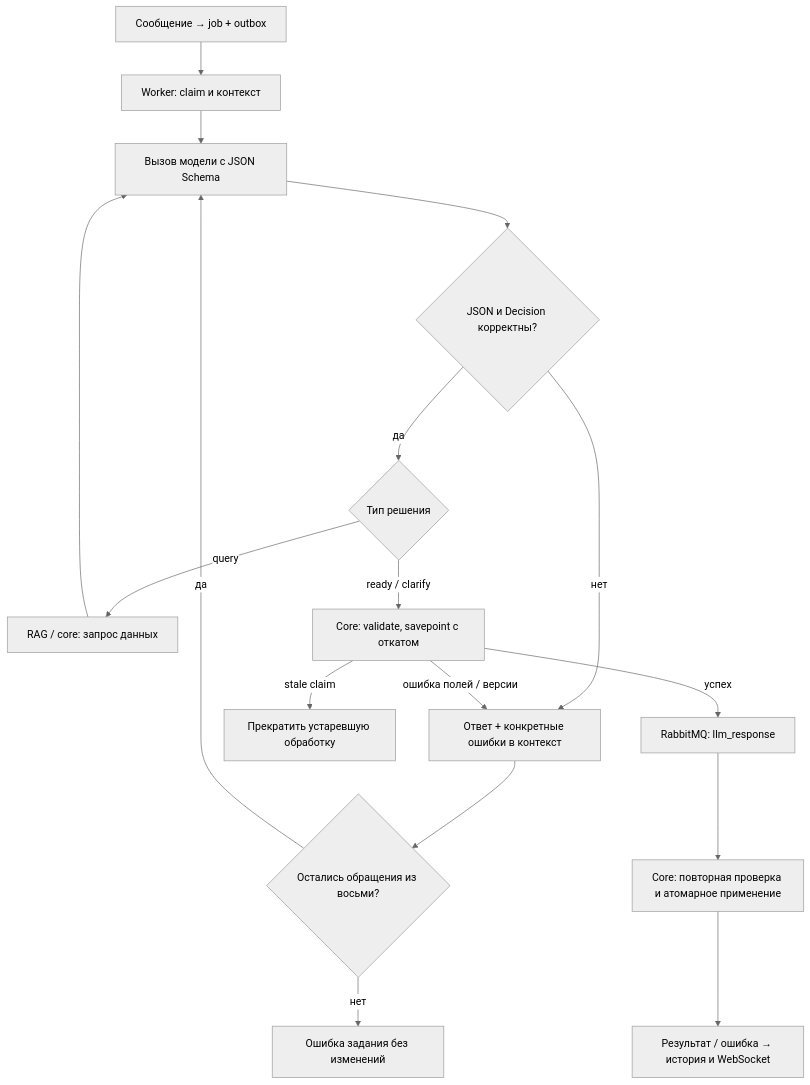
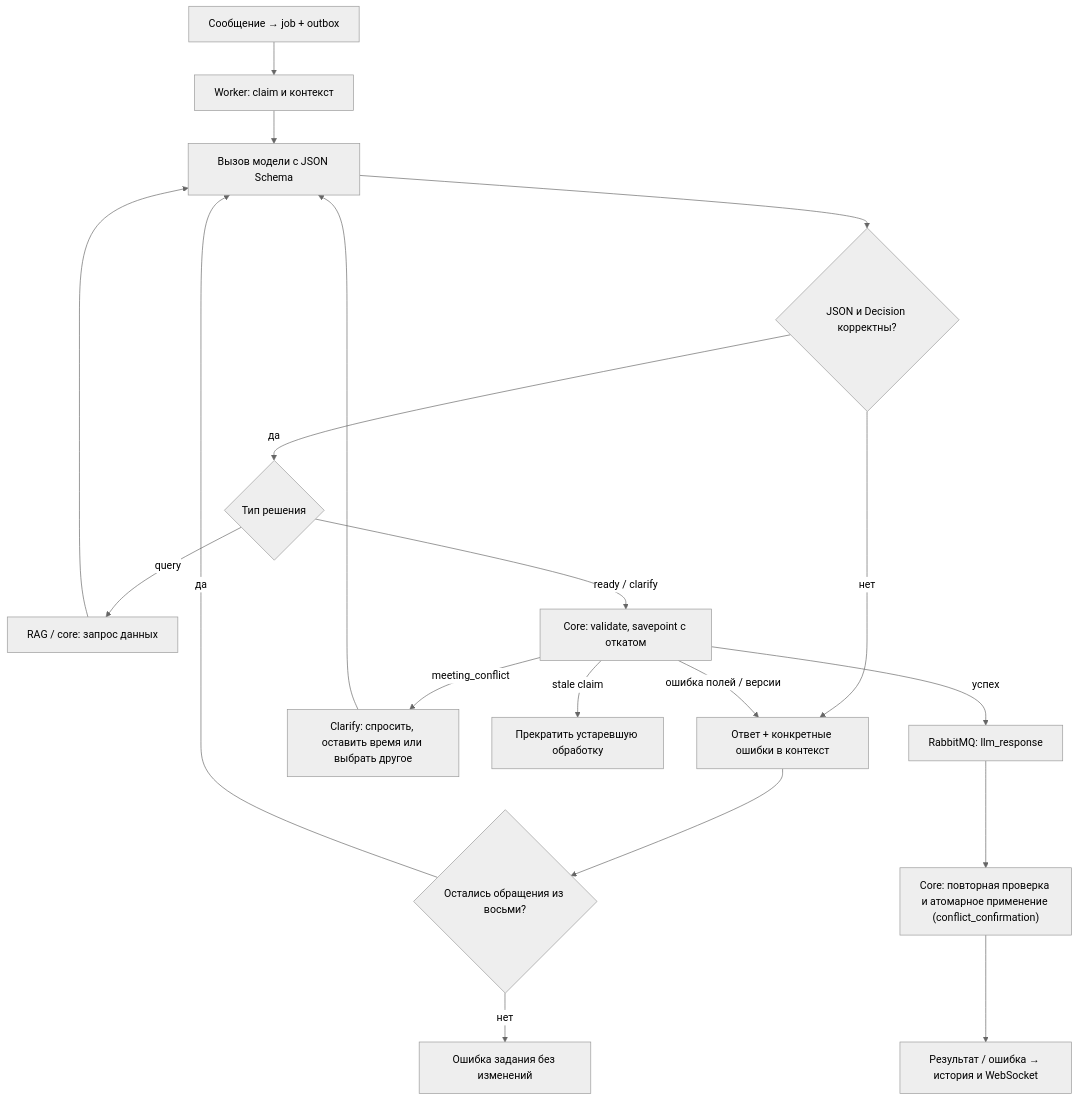
The diagram in docs/llm-service.md (xm1k/voice-assistant), drawn with Mermaid (neutral theme) before and after one commit. The commit also changed other lines of this file and 27 other files, not shown here.

````diff
--- a/docs/llm-service.md
+++ b/docs/llm-service.md
@@ -185,19 +214,21 @@
 ```mermaid
 flowchart TD
     input["Сообщение → job + outbox"] --> claim["Worker: claim и контекст"]
     claim --> model["Вызов модели с JSON Schema"]
     model --> schema{"JSON и Decision корректны?"}
     schema -->|"нет"| feedback["Ответ + конкретные ошибки в контекст"]
     schema -->|"да"| branch{"Тип решения"}
     branch -->|"query"| query["RAG / core: запрос данных"]
     query --> model
     branch -->|"ready / clarify"| preview["Core: validate, savepoint с откатом"]
     preview -->|"ошибка полей / версии"| feedback
+    preview -->|"meeting_conflict"| clarify_conflict["Clarify: спросить, оставить время или выбрать другое"]
+    clarify_conflict --> model
     preview -->|"stale claim"| stop["Прекратить устаревшую обработку"]
     feedback --> budget{"Остались обращения из восьми?"}
     budget -->|"да"| model
     budget -->|"нет"| failed["Ошибка задания без изменений"]
     preview -->|"успех"| publish["RabbitMQ: llm_response"]
-    publish --> save["Core: повторная проверка и атомарное применение"]
+    publish --> save["Core: повторная проверка и атомарное применение (conflict_confirmation)"]
     save --> result["Результат / ошибка → история и WebSocket"]
 ```
````
